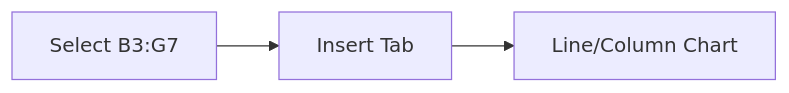
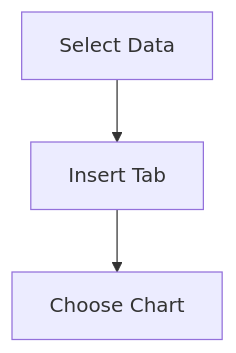
One commit to learnwithrk/Financial-Modelling changed the diagram in 02-ch.Rmd. Above: the diagram before and after it, drawn with Mermaid. The commit also changed other lines of this file and 5 other files, not shown here.

````diff
--- a/02-ch.Rmd
+++ b/02-ch.Rmd
@@ -63,5 +87,5 @@
 ```mermaid
-flowchart LR
-A[Select B3:G7] --> B[Insert Tab]
-B --> C[Line/Column Chart]
+flowchart TD
+A[Select Data] --> B[Insert Tab]
+B --> C[Choose Chart]
 ```
````
